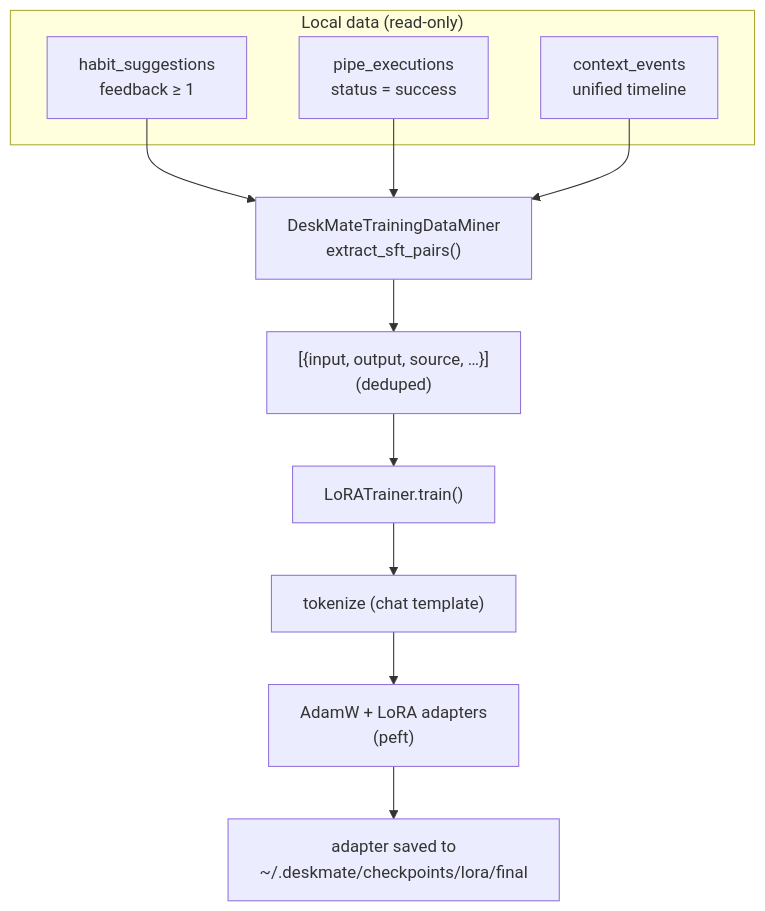
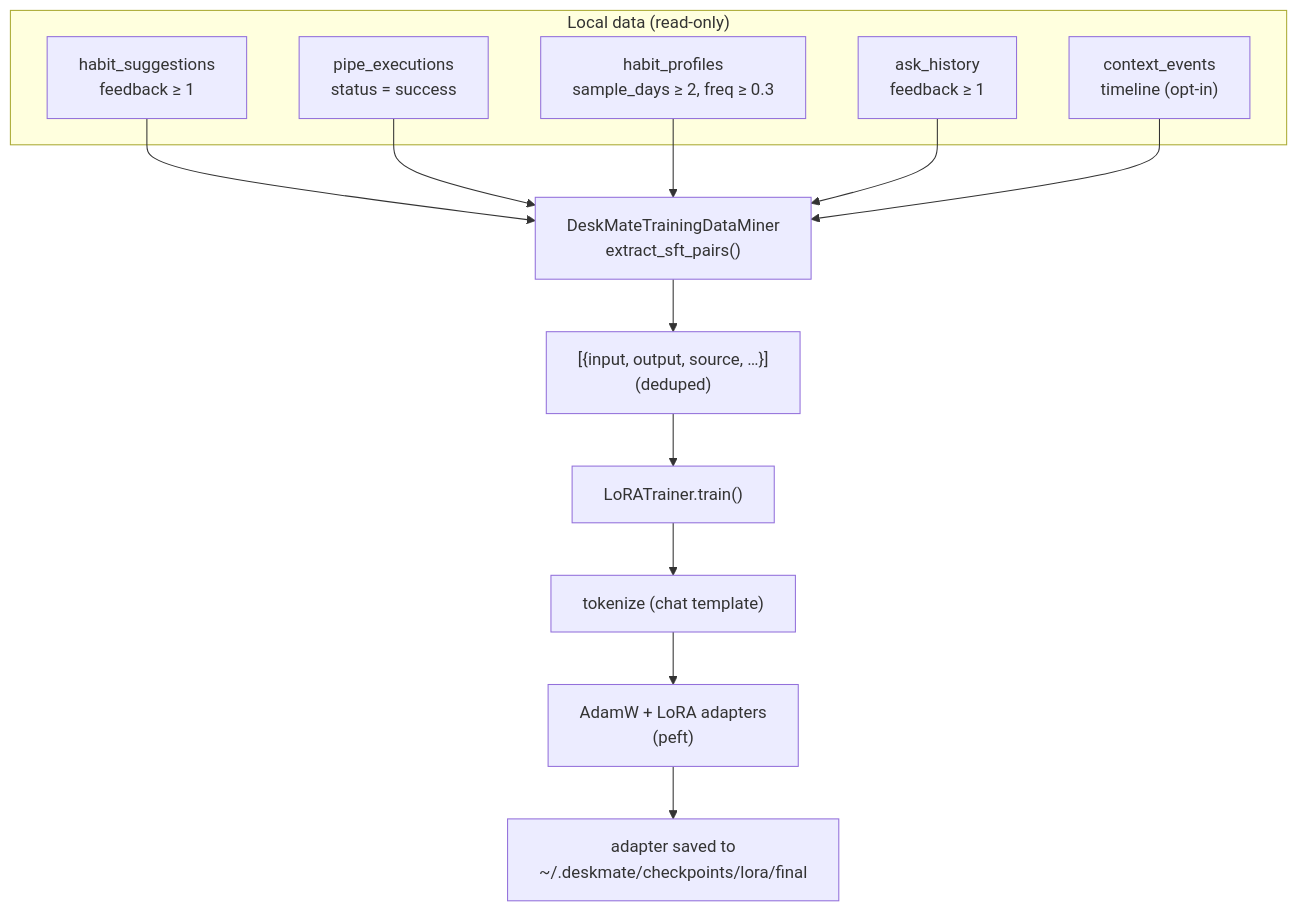
The diagram in docs/16-learning-training.md (zhaohb/deskmate), drawn with Mermaid before and after one commit. The commit also changed other lines of this file and 13 other files, not shown here.

````diff
--- a/docs/16-learning-training.md
+++ b/docs/16-learning-training.md
@@ -26,14 +25,16 @@
 ```mermaid
 flowchart TB
     subgraph Sources["Local data (read-only)"]
         HS["habit_suggestions<br/>feedback ≥ 1"]
         PE["pipe_executions<br/>status = success"]
-        CE["context_events<br/>unified timeline"]
+        BH["habit_profiles<br/>sample_days ≥ 2, freq ≥ 0.3"]
+        AK["ask_history<br/>feedback ≥ 1"]
+        CE["context_events<br/>timeline (opt-in)"]
     end
-    HS & PE & CE --> MINER["DeskMateTrainingDataMiner<br/>extract_sft_pairs()"]
+    HS & PE & BH & AK & CE --> MINER["DeskMateTrainingDataMiner<br/>extract_sft_pairs()"]
     MINER --> PAIRS["[{input, output, source, …}]<br/>(deduped)"]
     PAIRS --> TRAINER["LoRATrainer.train()"]
     TRAINER --> TOK["tokenize (chat template)"]
     TOK --> FIT["AdamW + LoRA adapters<br/>(peft)"]
     FIT --> ADP["adapter saved to<br/>~/.deskmate/checkpoints/lora/final"]
 ```
````
